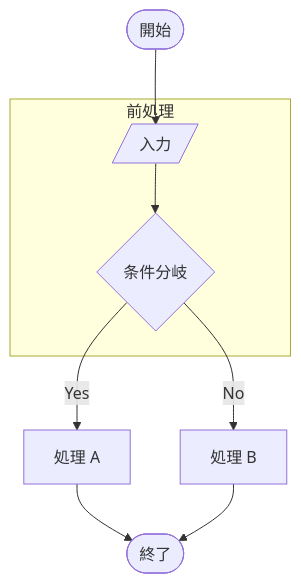
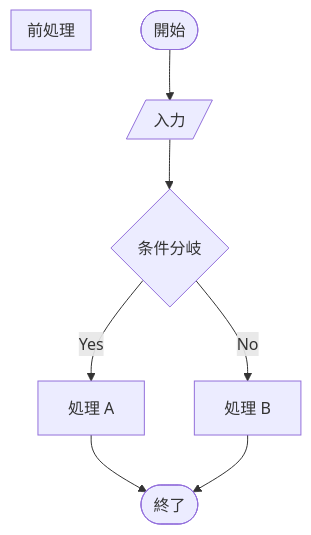
One commit to kaeru758/md-visual-editor changed the first of 21 diagrams in test-all-features.md. Above: the diagram before and after it, drawn with Mermaid. The commit also changed other lines of this file, not shown here.

````diff
--- a/test-all-features.md
+++ b/test-all-features.md
@@ -167,14 +163,17 @@
 ```mermaid
-flowchart TB
-    Start([開始]) --> Input[/入力/]
-    Input --> Decision{条件分岐}
-    Decision -->|Yes| Process[処理 A]
-    Decision -->|No| Skip[処理 B]
-    Process --> End([終了])
+graph TD
+    Start([開始])
+    Input[/入力/]
+    Decision{条件分岐}
+    Process[処理 A]
+    Skip[処理 B]
+    End([終了])
+    subgraph SG0[前処理]
+    end
+    Start --> Input
+    Input --> Decision
+    Decision -->|Yes| Process
+    Decision -->|No| Skip
+    Process --> End
     Skip --> End
-
-    subgraph 前処理
-        Input
-        Decision
-    end
 ```
````
